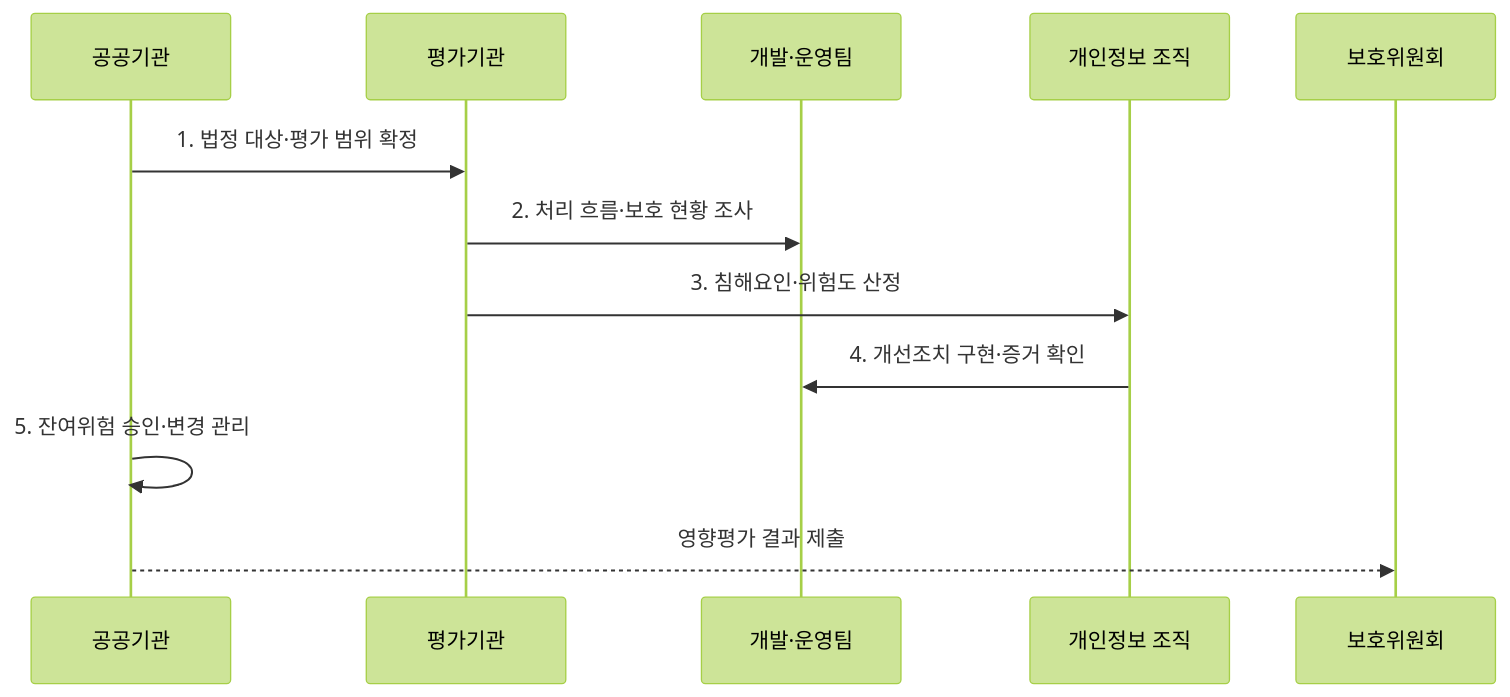
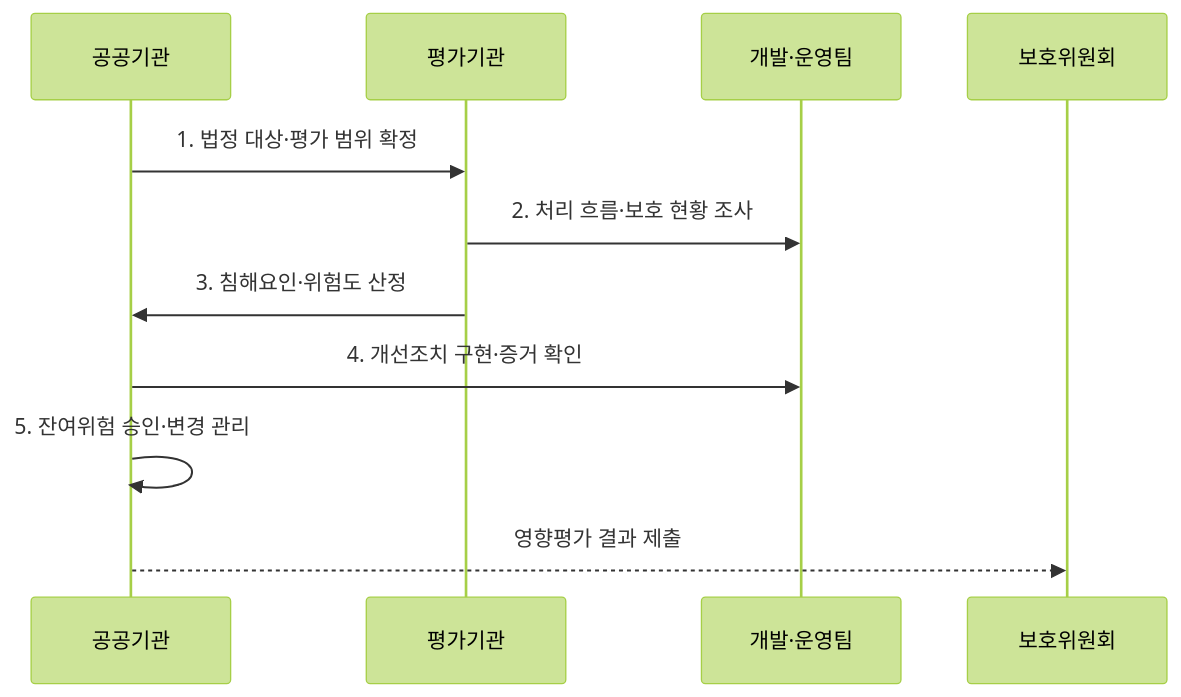
The second of 2 diagrams in src/content/docs/notes/05-security/097_privacy_impact_assessment.md (agnusdei1207/knowledge-base), drawn with Mermaid (forest theme) before and after one commit. The commit also changed 6 other files, not shown here.

Commit message:
Simplify security sequence participants

````diff
--- a/src/content/docs/notes/05-security/097_privacy_impact_assessment.md
+++ b/src/content/docs/notes/05-security/097_privacy_impact_assessment.md
@@ -98,14 +98,13 @@
 ```mermaid
 sequenceDiagram
     participant O as 공공기관
     participant A as 평가기관
     participant D as 개발·운영팀
-    participant C as 개인정보 조직
     participant P as 보호위원회
     O->>A: 1. 법정 대상·평가 범위 확정
     A->>D: 2. 처리 흐름·보호 현황 조사
-    A->>C: 3. 침해요인·위험도 산정
-    C->>D: 4. 개선조치 구현·증거 확인
+    A->>O: 3. 침해요인·위험도 산정
+    O->>D: 4. 개선조치 구현·증거 확인
     O->>O: 5. 잔여위험 승인·변경 관리
     O-->>P: 영향평가 결과 제출
 ```
````
